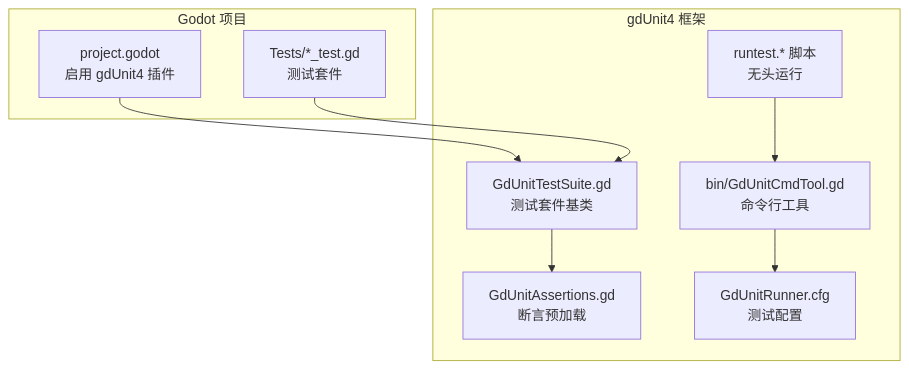
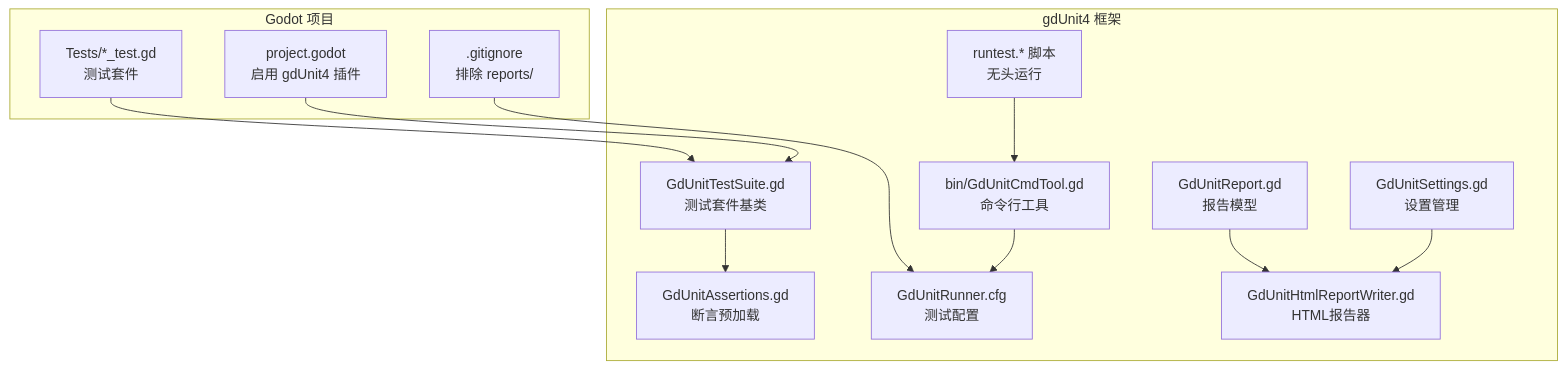
Before and after one commit to godotline/godot-line: the second of 5 diagrams in .qoder/repowiki/zh/content/测试框架.md, drawn with Mermaid. The commit also changed other lines of this file and 18 other files, not shown here.

````diff
--- a/.qoder/repowiki/zh/content/测试框架.md
+++ b/.qoder/repowiki/zh/content/测试框架.md
@@ -81,19 +106,26 @@
 ```mermaid
 graph TB
 subgraph "Godot 项目"
 P["project.godot<br/>启用 gdUnit4 插件"]
 T["Tests/*_test.gd<br/>测试套件"]
+GI[".gitignore<br/>排除 reports/"]
 end
 subgraph "gdUnit4 框架"
 S["GdUnitTestSuite.gd<br/>测试套件基类"]
 A["GdUnitAssertions.gd<br/>断言预加载"]
 R["GdUnitRunner.cfg<br/>测试配置"]
 C["runtest.* 脚本<br/>无头运行"]
 B["bin/GdUnitCmdTool.gd<br/>命令行工具"]
+GS["GdUnitSettings.gd<br/>设置管理"]
+GR["GdUnitReport.gd<br/>报告模型"]
+GHS["GdUnitHtmlReportWriter.gd<br/>HTML报告器"]
 end
 P --> S
 T --> S
 S --> A
 C --> B
 B --> R
+GI --> R
+GS --> GHS
+GR --> GHS
 ```
````
